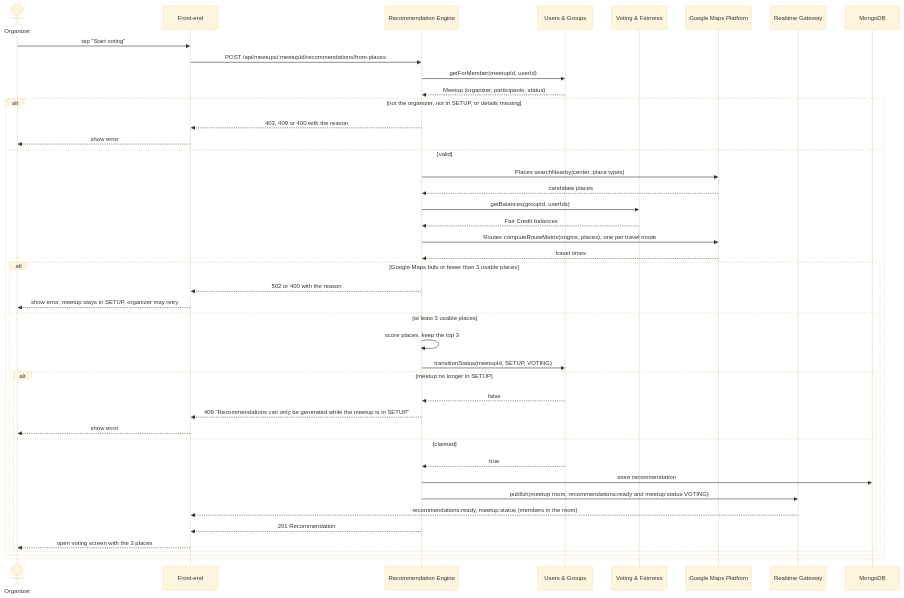
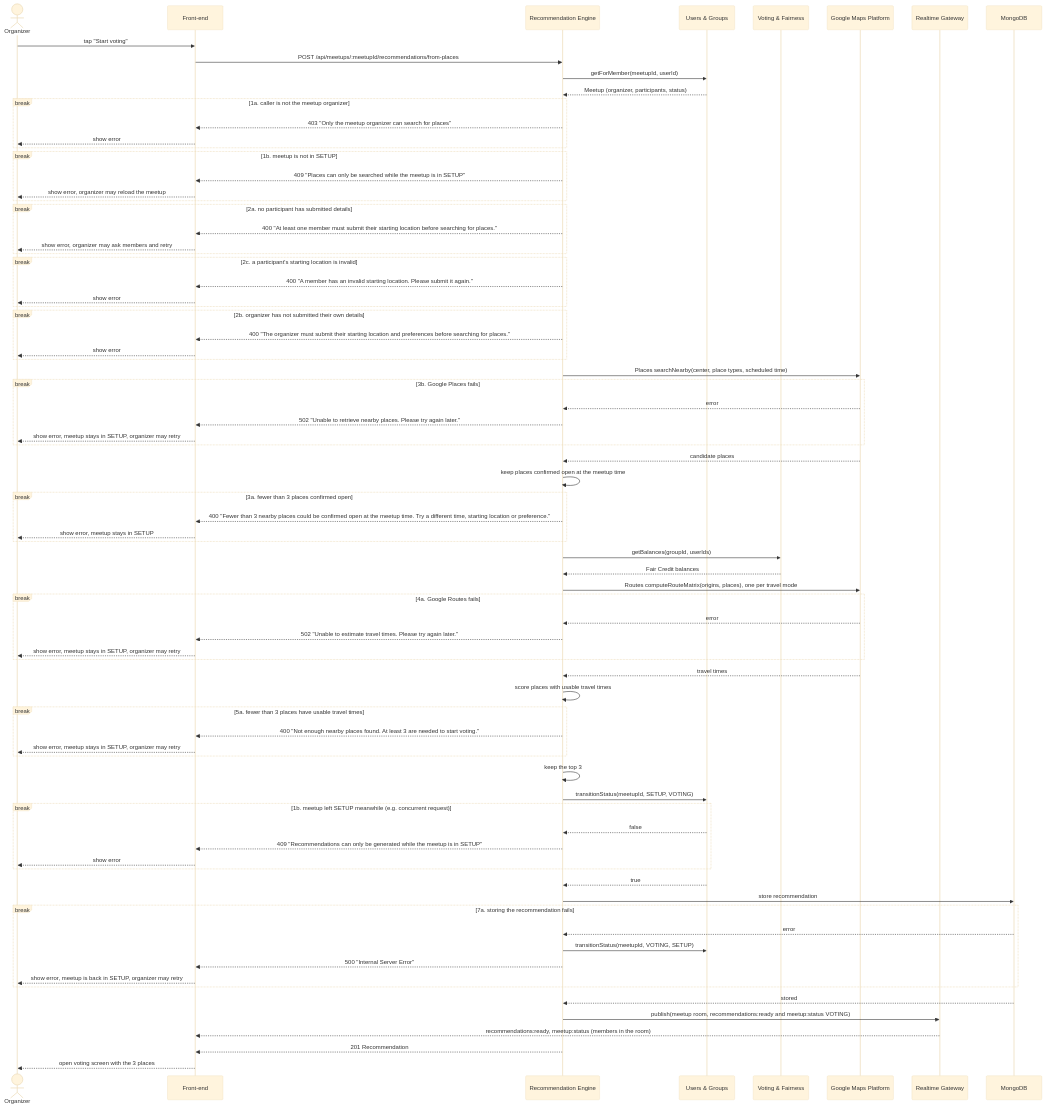
Before and after one commit to w-lin5/CPEN321_MeetFair: the diagram in documentation/res/SD_UC3_Get_Recommendations.mmd, drawn with Mermaid (base theme). The commit also changed 7 other files, not shown here.

Commit message:
docs: update diagrams based on CP3 feedback

```diff
--- a/documentation/res/SD_UC3_Get_Recommendations.mmd
+++ b/documentation/res/SD_UC3_Get_Recommendations.mmd
@@ -1,45 +1,86 @@
 %% Use Case 3: Get Recommendations (Requirements_and_Design.md section 4.6).
+%% Each "break" block is one failure scenario of the formal specification (section 3.5); the request stops there.
 sequenceDiagram
     actor O as Organizer
     participant FE as Front-end
     participant REC as Recommendation Engine
     participant UG as Users & Groups
     participant VF as Voting & Fairness
     participant MAPS as Google Maps Platform
     participant RT as Realtime Gateway
     participant DB as MongoDB
 
     O->>FE: tap "Start voting"
     FE->>REC: POST /api/meetups/:meetupId/recommendations/from-places
     REC->>UG: getForMember(meetupId, userId)
     UG-->>REC: Meetup (organizer, participants, status)
-    alt not the organizer, not in SETUP, or details missing
-        REC-->>FE: 403, 409 or 400 with the reason
+
+    break 1a. caller is not the meetup organizer
+        REC-->>FE: 403 "Only the meetup organizer can search for places"
         FE-->>O: show error
-    else valid
-        REC->>MAPS: Places searchNearby(center, place types)
-        MAPS-->>REC: candidate places
-        REC->>VF: getBalances(groupId, userIds)
-        VF-->>REC: Fair Credit balances
-        REC->>MAPS: Routes computeRouteMatrix(origins, places), one per travel mode
-        MAPS-->>REC: travel times
-        alt Google Maps fails or fewer than 3 usable places
-            REC-->>FE: 502 or 400 with the reason
-            FE-->>O: show error, meetup stays in SETUP, organizer may retry
-        else at least 3 usable places
-            REC->>REC: score places, keep the top 3
-            REC->>UG: transitionStatus(meetupId, SETUP, VOTING)
-            alt meetup no longer in SETUP
-                UG-->>REC: false
-                REC-->>FE: 409 "Recommendations can only be generated while the meetup is in SETUP"
-                FE-->>O: show error
-            else claimed
-                UG-->>REC: true
-                REC->>DB: store recommendation
-                REC->>RT: publish(meetup room, recommendations:ready and meetup:status VOTING)
-                RT-->>FE: recommendations:ready, meetup:status (members in the room)
-                REC-->>FE: 201 Recommendation
-                FE-->>O: open voting screen with the 3 places
-            end
-        end
     end
+    break 1b. meetup is not in SETUP
+        REC-->>FE: 409 "Places can only be searched while the meetup is in SETUP"
+        FE-->>O: show error, organizer may reload the meetup
+    end
+    break 2a. no participant has submitted details
+        REC-->>FE: 400 "At least one member must submit their starting location before searching for places."
+        FE-->>O: show error, organizer may ask members and retry
+    end
+    break 2c. a participant's starting location is invalid
+        REC-->>FE: 400 "A member has an invalid starting location. Please submit it again."
+        FE-->>O: show error
+    end
+    break 2b. organizer has not submitted their own details
+        REC-->>FE: 400 "The organizer must submit their starting location and preferences before searching for places."
+        FE-->>O: show error
+    end
+
+    REC->>MAPS: Places searchNearby(center, place types, scheduled time)
+    break 3b. Google Places fails
+        MAPS-->>REC: error
+        REC-->>FE: 502 "Unable to retrieve nearby places. Please try again later."
+        FE-->>O: show error, meetup stays in SETUP, organizer may retry
+    end
+    MAPS-->>REC: candidate places
+    REC->>REC: keep places confirmed open at the meetup time
+    break 3a. fewer than 3 places confirmed open
+        REC-->>FE: 400 "Fewer than 3 nearby places could be confirmed open at the meetup time. Try a different time, starting location or preference."
+        FE-->>O: show error, meetup stays in SETUP
+    end
+
+    REC->>VF: getBalances(groupId, userIds)
+    VF-->>REC: Fair Credit balances
+    REC->>MAPS: Routes computeRouteMatrix(origins, places), one per travel mode
+    break 4a. Google Routes fails
+        MAPS-->>REC: error
+        REC-->>FE: 502 "Unable to estimate travel times. Please try again later."
+        FE-->>O: show error, meetup stays in SETUP, organizer may retry
+    end
+    MAPS-->>REC: travel times
+    REC->>REC: score places with usable travel times
+    break 5a. fewer than 3 places have usable travel times
+        REC-->>FE: 400 "Not enough nearby places found. At least 3 are needed to start voting."
+        FE-->>O: show error, meetup stays in SETUP, organizer may retry
+    end
+    REC->>REC: keep the top 3
+
+    REC->>UG: transitionStatus(meetupId, SETUP, VOTING)
+    break 1b. meetup left SETUP meanwhile (e.g. concurrent request)
+        UG-->>REC: false
+        REC-->>FE: 409 "Recommendations can only be generated while the meetup is in SETUP"
+        FE-->>O: show error
+    end
+    UG-->>REC: true
+    REC->>DB: store recommendation
+    break 7a. storing the recommendation fails
+        DB-->>REC: error
+        REC->>UG: transitionStatus(meetupId, VOTING, SETUP)
+        REC-->>FE: 500 "Internal Server Error"
+        FE-->>O: show error, meetup is back in SETUP, organizer may retry
+    end
+    DB-->>REC: stored
+    REC->>RT: publish(meetup room, recommendations:ready and meetup:status VOTING)
+    RT-->>FE: recommendations:ready, meetup:status (members in the room)
+    REC-->>FE: 201 Recommendation
+    FE-->>O: open voting screen with the 3 places
```
